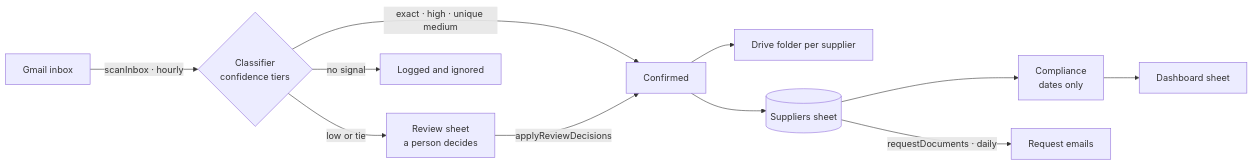
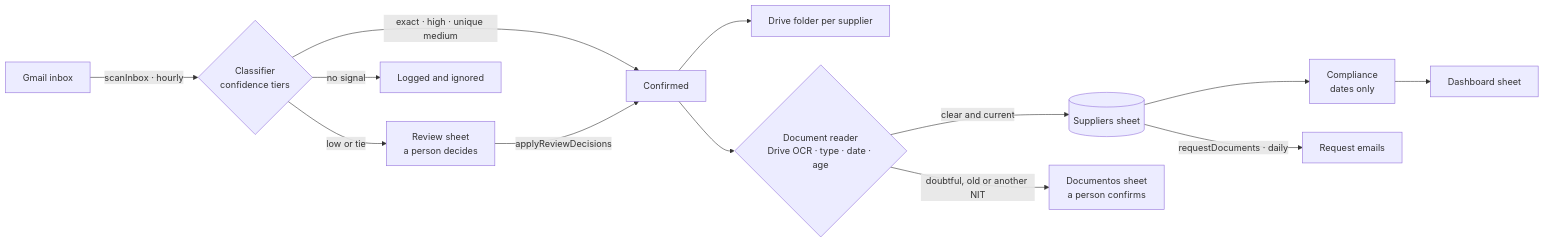
The diagram in README.md (Dsergio909/supplier-radar), drawn with Mermaid before and after one commit. The commit also changed other lines of this file and 48 other files, not shown here.

````diff
--- a/README.md
+++ b/README.md
@@ -83,12 +107,14 @@
 ```mermaid
 flowchart LR
   G[Gmail inbox] -->|scanInbox · hourly| C{Classifier<br/>confidence tiers}
   C -->|exact · high · unique medium| OK[Confirmed]
   C -->|low or tie| R[Review sheet<br/>a person decides]
   C -->|no signal| X[Logged and ignored]
   R -->|applyReviewDecisions| OK
   OK --> D[Drive folder per supplier]
-  OK --> S[(Suppliers sheet)]
+  OK --> O{Document reader<br/>Drive OCR · type · date · age}
+  O -->|clear and current| S[(Suppliers sheet)]
+  O -->|doubtful, old or another NIT| DD[Documentos sheet<br/>a person confirms]
   S --> K[Compliance<br/>dates only] --> B[Dashboard sheet]
   S -->|requestDocuments · daily| M[Request emails]
 ```
````
